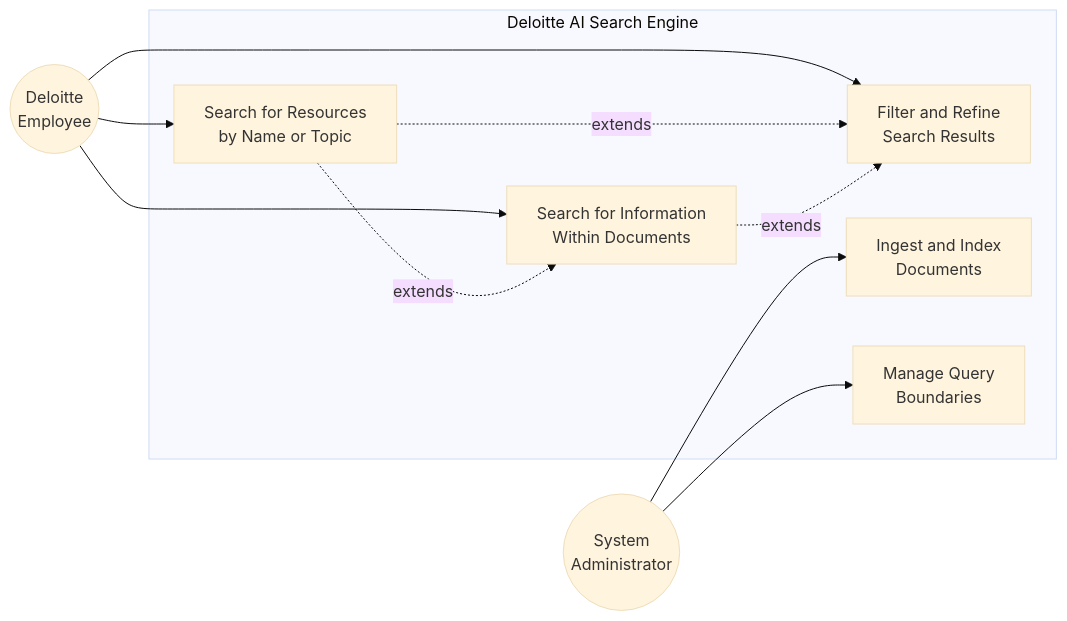
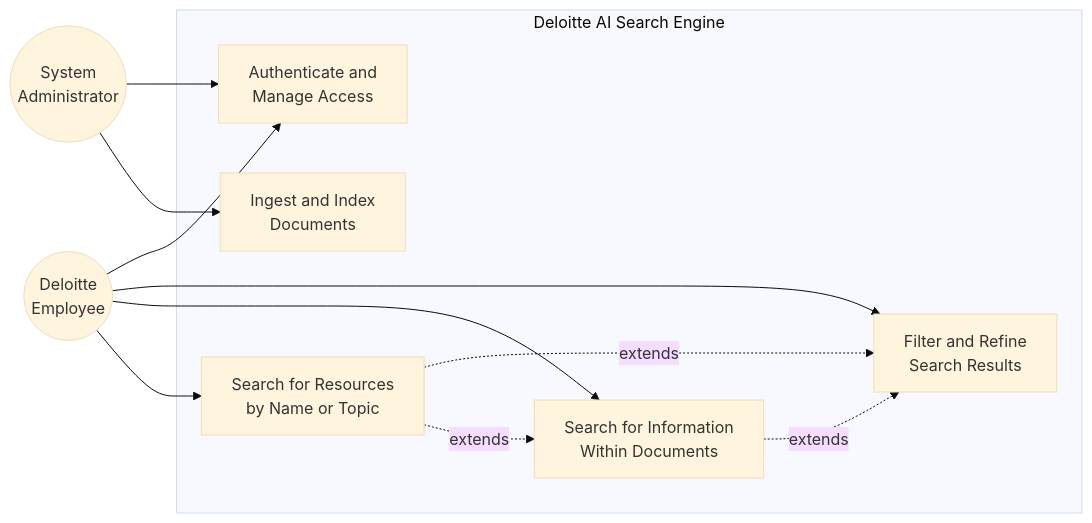
Before and after one commit to FlyM1ss/capstone-project: the diagram in software-engineering/diagrams/usecase.mmd, drawn with Mermaid (base theme). The commit also changed 12 other files, not shown here.

```diff
--- a/software-engineering/diagrams/usecase.mmd
+++ b/software-engineering/diagrams/usecase.mmd
@@ -1,21 +1,22 @@
 graph LR
     subgraph Deloitte AI Search Engine
         UC1["Search for Resources<br/>by Name or Topic"]
         UC2["Search for Information<br/>Within Documents"]
         UC3["Filter and Refine<br/>Search Results"]
         UC4["Ingest and Index<br/>Documents"]
-        UC5["Manage Query<br/>Boundaries"]
+        UC5["Authenticate and<br/>Manage Access"]
     end
 
     Employee((Deloitte<br/>Employee))
     Admin((System<br/>Administrator))
 
     Employee --> UC1
     Employee --> UC2
     Employee --> UC3
+    Employee --> UC5
     Admin --> UC4
     Admin --> UC5
 
     UC1 -.->|extends| UC2
     UC1 -.->|extends| UC3
     UC2 -.->|extends| UC3
```
